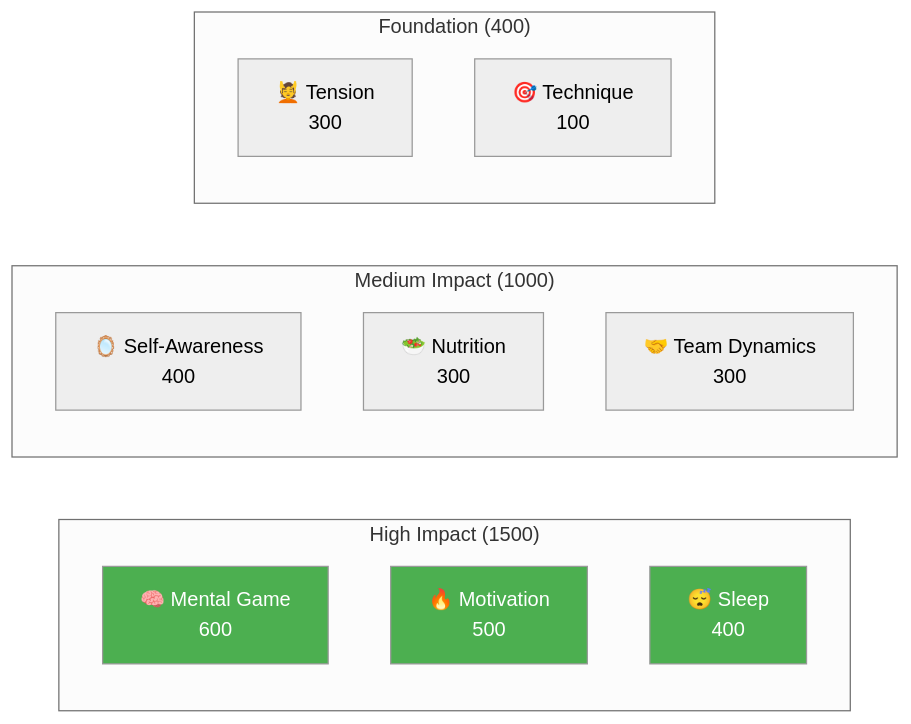
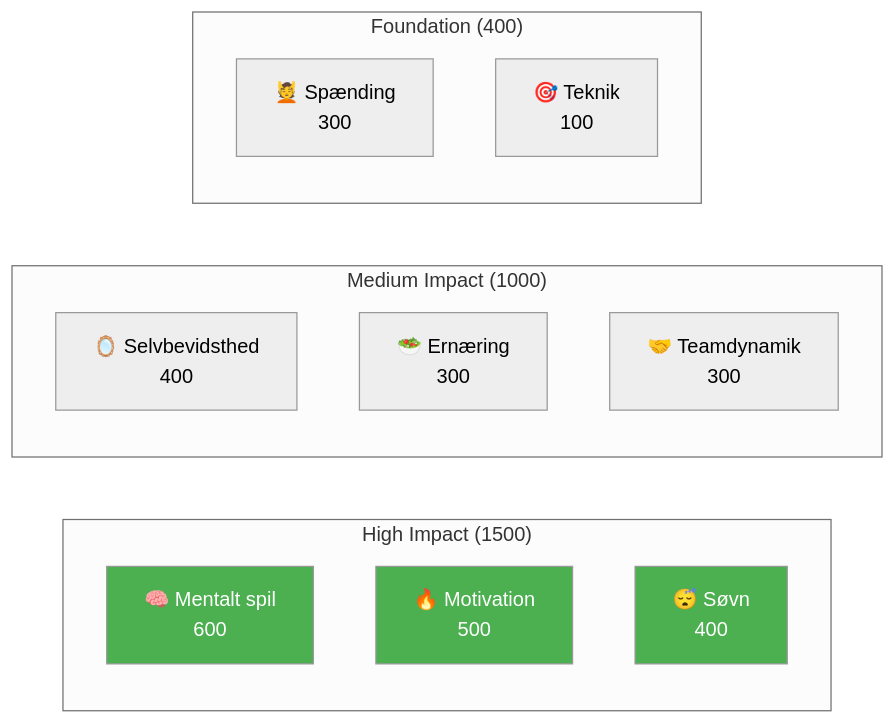
One commit to patwii/petanque-academy changed the diagram in docs/da/education/index.md. Above: the diagram before and after it, drawn with Mermaid (neutral theme). The commit also changed other lines of this file and 550 other files, not shown here.

````diff
--- a/docs/da/education/index.md
+++ b/docs/da/education/index.md
@@ -34,23 +34,23 @@
 ```mermaid
 graph LR
     subgraph "High Impact (1500)"
-        A[🧠 Mental Game<br/>600]
-        B[🔥 Motivation<br/>500]
-        C[😴 Sleep<br/>400]
+        A[🧠 Mentalt spil <br/> 600]
+        B[🔥 Motivation <br/> 500]
+        C[😴 Søvn <br/> 400]
     end
 
     subgraph "Medium Impact (1000)"
-        D[🪞 Self-Awareness<br/>400]
-        E[🥗 Nutrition<br/>300]
-        F[🤝 Team Dynamics<br/>300]
+        D[🪞 Selvbevidsthed <br/> 400]
+        E[🥗 Ernæring <br/> 300]
+        F[🤝 Teamdynamik <br/> 300]
     end
 
     subgraph "Foundation (400)"
-        G[💆 Tension<br/>300]
-        H[🎯 Technique<br/>100]
+        G[💆 Spænding <br/> 300]
+        H[🎯 Teknik <br/> 100]
     end
 
     style A fill:#4CAF50,color:#fff
     style B fill:#4CAF50,color:#fff
     style C fill:#4CAF50,color:#fff
 ```
````
